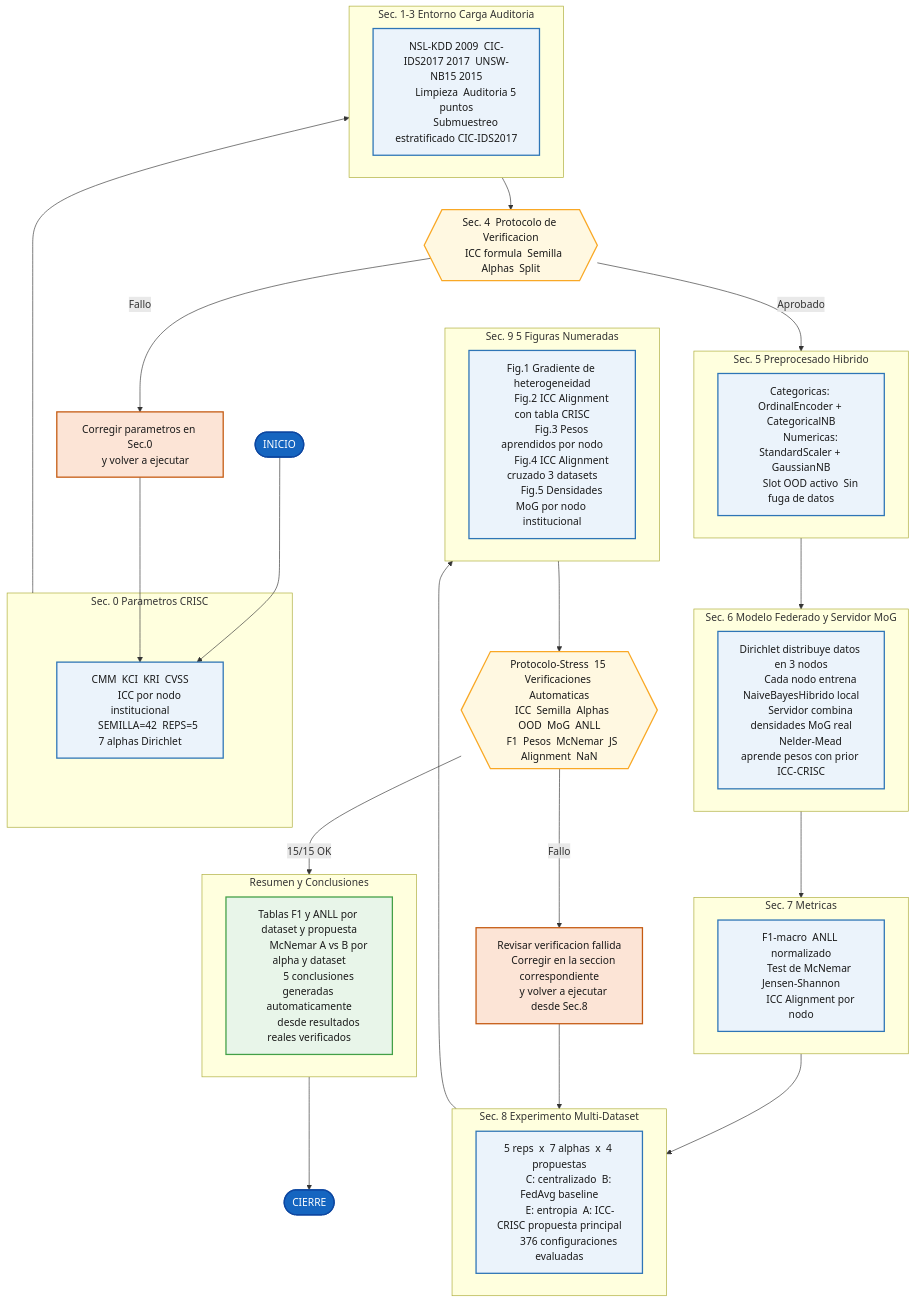
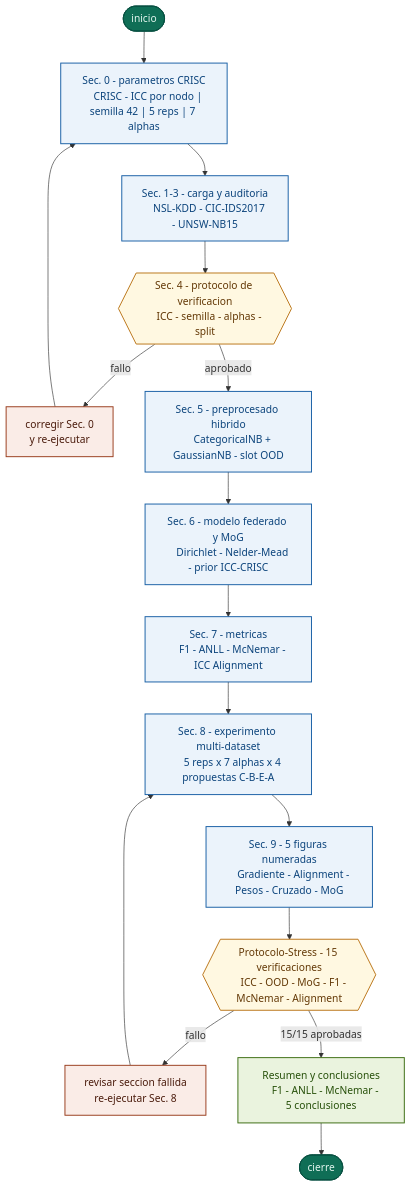
One commit to eoherrera/EJD-UMA-FedNB-GRC changed the diagram in README.md. Above: the diagram before and after it, drawn with Mermaid. The commit also changed other lines of this file, not shown here.

````diff
--- a/README.md
+++ b/README.md
@@ -75,101 +71,56 @@
 ```mermaid
 flowchart TD
-    classDef proceso  fill:#EBF3FB,stroke:#2E75B6,stroke-width:2px,color:#1a1a1a
-    classDef decision fill:#FFF8E1,stroke:#F9A825,stroke-width:2px,color:#1a1a1a
-    classDef exito    fill:#E8F5E9,stroke:#43A047,stroke-width:2px,color:#1a1a1a
-    classDef alerta   fill:#FCE4D6,stroke:#C55A11,stroke-width:2px,color:#1a1a1a
-    classDef terminal fill:#1565C0,stroke:#0D47A1,stroke-width:2px,color:#ffffff
+    classDef proceso  fill:#EBF3FB,stroke:#185FA5,stroke-width:1.5px,color:#0C447C
+    classDef decision fill:#FFF8E1,stroke:#BA7517,stroke-width:1.5px,color:#633806
+    classDef exito    fill:#EAF3DE,stroke:#3B6D11,stroke-width:1.5px,color:#27500A
+    classDef alerta   fill:#FAECE7,stroke:#993C1D,stroke-width:1.5px,color:#4A1B0C
+    classDef terminal fill:#0F6E56,stroke:#085041,stroke-width:1.5px,color:#E1F5EE
 
-    INICIO([INICIO]):::terminal --> B
+    INICIO([inicio]):::terminal --> SEC0
 
-    subgraph SEC0 ["Sec. 0  Parametros CRISC"]
-        B["CMM  KCI  KRI  CVSS
-        ICC por nodo institucional
-        SEMILLA=42  REPS=5  7 alphas Dirichlet"]:::proceso
-    end
+    SEC0["Sec. 0 - parametros CRISC
+    CRISC - ICC por nodo | semilla 42 | 5 reps | 7 alphas"]:::proceso
 
-    SEC0 --> SEC12
+    SEC0 --> SEC13
 
-    subgraph SEC12 ["Sec. 1-3  Entorno  Carga  Auditoria"]
-        C["NSL-KDD 2009  CIC-IDS2017 2017  UNSW-NB15 2015
-        Limpieza  Auditoria 5 puntos
-        Submuestreo estratificado CIC-IDS2017"]:::proceso
-    end
+    SEC13["Sec. 1-3 - carga y auditoria
+    NSL-KDD - CIC-IDS2017 - UNSW-NB15"]:::proceso
 
-    SEC12 --> D
+    SEC13 --> VERIF
 
-    D{{"Sec. 4  Protocolo de Verificacion
-    ICC formula  Semilla  Alphas  Split"}}:::decision
+    VERIF{{"Sec. 4 - protocolo de verificacion
+    ICC - semilla - alphas - split"}}:::decision
 
-    D -->|Aprobado| SEC5
-    D -->|Fallo| CORR1
+    VERIF -->|fallo| CORR1["corregir Sec. 0
+    y re-ejecutar"]:::alerta
+    CORR1 --> SEC0
 
-    CORR1["Corregir parametros en Sec.0
-    y volver a ejecutar"]:::alerta
-    CORR1 --> B
+    VERIF -->|aprobado| SEC5
 
-    subgraph SEC5 ["Sec. 5  Preprocesado Hibrido"]
-        E["Categoricas: OrdinalEncoder + CategoricalNB
-        Numericas: StandardScaler + GaussianNB
-        Slot OOD activo  Sin fuga de datos"]:::proceso
-    end
+    SEC5["Sec. 5 - preprocesado hibrido
+    CategoricalNB + GaussianNB - slot OOD"]:::proceso --> SEC6
 
-    SEC5 --> SEC6
+    SEC6["Sec. 6 - modelo federado y MoG
+    Dirichlet - Nelder-Mead - prior ICC-CRISC"]:::proceso --> SEC7
 
-    subgraph SEC6 ["Sec. 6  Modelo Federado y Servidor MoG"]
-        F["Dirichlet distribuye datos en 3 nodos
-        Cada nodo entrena NaiveBayesHibrido local
-        Servidor combina densidades MoG real
-        Nelder-Mead aprende pesos con prior ICC-CRISC"]:::proceso
-    end
+    SEC7["Sec. 7 - metricas
+    F1 - ANLL - McNemar - ICC Alignment"]:::proceso --> SEC8
 
-    SEC6 --> SEC7
+    SEC8["Sec. 8 - experimento multi-dataset
+    5 reps x 7 alphas x 4 propuestas C-B-E-A"]:::proceso --> SEC9
 
-    subgraph SEC7 ["Sec. 7  Metricas"]
-        G["F1-macro  ANLL normalizado
-        Test de McNemar  Jensen-Shannon
-        ICC Alignment por nodo"]:::proceso
-    end
+    SEC9["Sec. 9 - 5 figuras numeradas
+    Gradiente - Alignment - Pesos - Cruzado - MoG"]:::proceso --> STRESS
 
-    SEC7 --> SEC8
+    STRESS{{"Protocolo-Stress - 15 verificaciones
+    ICC - OOD - MoG - F1 - McNemar - Alignment"}}:::decision
 
-    subgraph SEC8 ["Sec. 8  Experimento Multi-Dataset"]
-        H["5 reps  x  7 alphas  x  4 propuestas
-        C: centralizado  B: FedAvg baseline
-        E: entropia  A: ICC-CRISC propuesta principal
-        376 configuraciones evaluadas"]:::proceso
-    end
-
-    SEC8 --> SEC9
-
-    subgraph SEC9 ["Sec. 9  5 Figuras Numeradas"]
-        I["Fig.1 Gradiente de heterogeneidad
-        Fig.2 ICC Alignment con tabla CRISC
-        Fig.3 Pesos aprendidos por nodo
-        Fig.4 ICC Alignment cruzado 3 datasets
-        Fig.5 Densidades MoG por nodo institucional"]:::proceso
-    end
-
-    SEC9 --> J
-
-    J{{"Protocolo-Stress  15 Verificaciones Automaticas
-    ICC  Semilla  Alphas  OOD  MoG  ANLL
-    F1  Pesos  McNemar  JS  Alignment  NaN"}}:::decision
-
-    J -->|15/15 OK| RES
-    J -->|Fallo| CORR2
-
-    CORR2["Revisar verificacion fallida
-    Corregir en la seccion correspondiente
-    y volver a ejecutar desde Sec.8"]:::alerta
+    STRESS -->|fallo| CORR2["revisar seccion fallida
+    re-ejecutar Sec. 8"]:::alerta
     CORR2 --> SEC8
 
-    subgraph RES ["Resumen y Conclusiones"]
-        K["Tablas F1 y ANLL por dataset y propuesta
-        McNemar A vs B por alpha y dataset
-        5 conclusiones generadas automaticamente
-        desde resultados reales verificados"]:::exito
-    end
+    STRESS -->|15/15 aprobadas| RESUMEN
 
-    RES --> CIERRE([CIERRE]):::terminal
+    RESUMEN["Resumen y conclusiones
+    F1 - ANLL - McNemar - 5 conclusiones"]:::exito --> CIERRE([cierre]):::terminal
 ```
````
